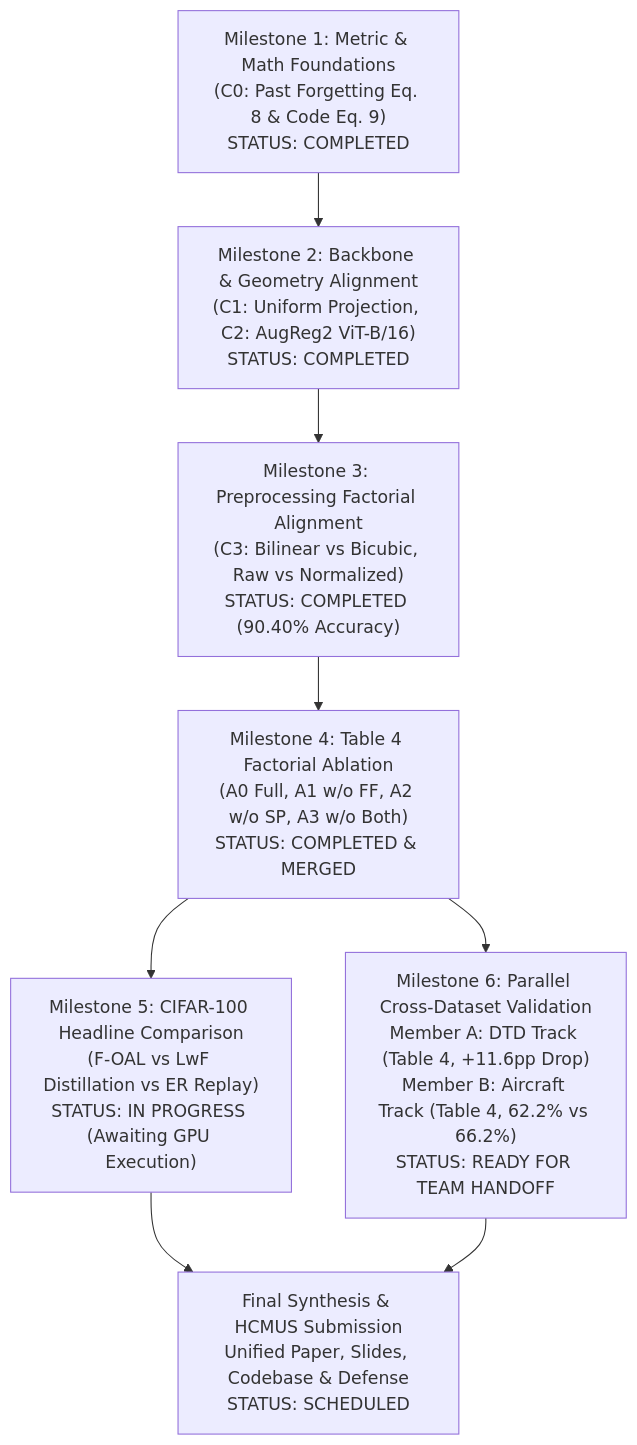
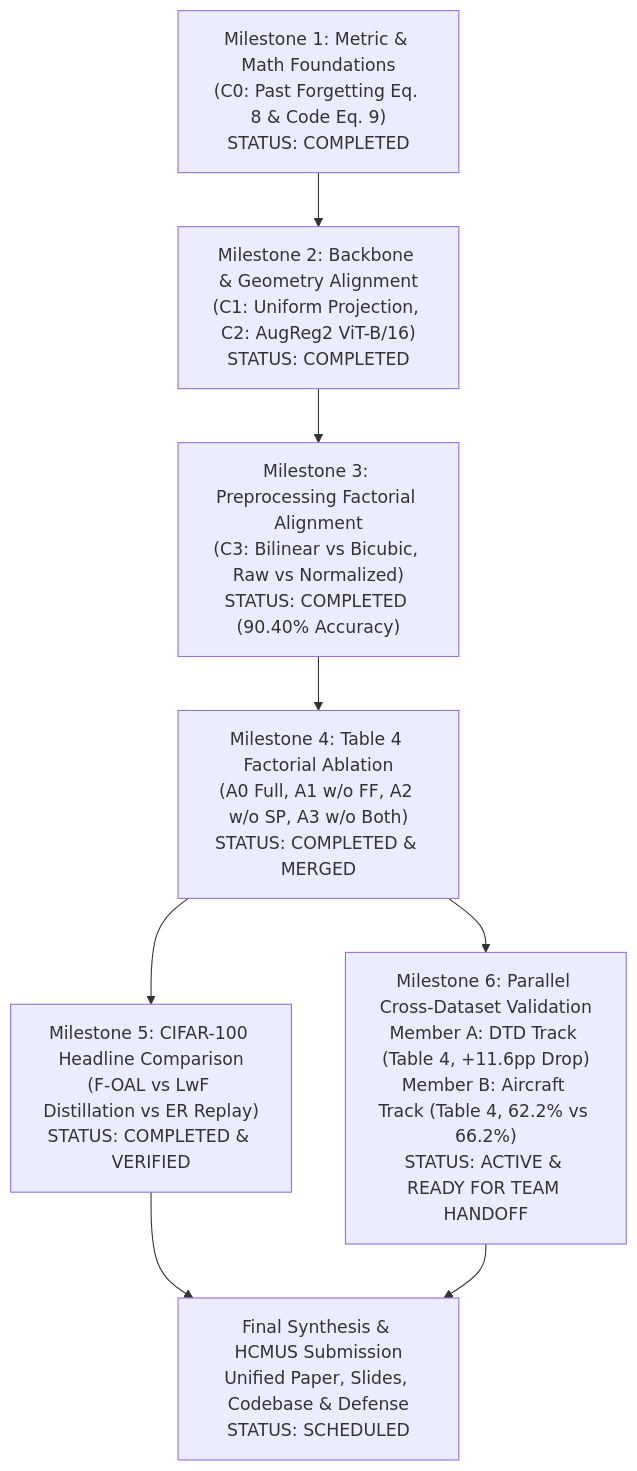
The diagram in docs/FOAL_FINAL_REPRODUCTION_ROADMAP.md (caoban123/F-OAL), drawn with Mermaid before and after one commit. The commit also changed other lines of this file and 18 other files, not shown here.

Commit message:
feat(headline): complete CIFAR-100 headline comparison forensic audit, verification suite, and figures

````diff
--- a/docs/FOAL_FINAL_REPRODUCTION_ROADMAP.md
+++ b/docs/FOAL_FINAL_REPRODUCTION_ROADMAP.md
@@ -14,11 +14,11 @@
 ```mermaid
 flowchart TD
     M1["Milestone 1: Metric & Math Foundations<br>(C0: Past Forgetting Eq. 8 & Code Eq. 9)<br>STATUS: COMPLETED"] --> M2
     M2["Milestone 2: Backbone & Geometry Alignment<br>(C1: Uniform Projection, C2: AugReg2 ViT-B/16)<br>STATUS: COMPLETED"] --> M3
     M3["Milestone 3: Preprocessing Factorial Alignment<br>(C3: Bilinear vs Bicubic, Raw vs Normalized)<br>STATUS: COMPLETED (90.40% Accuracy)"] --> M4
     M4["Milestone 4: Table 4 Factorial Ablation<br>(A0 Full, A1 w/o FF, A2 w/o SP, A3 w/o Both)<br>STATUS: COMPLETED & MERGED"] --> M5
     M4 --> M6
-    M5["Milestone 5: CIFAR-100 Headline Comparison<br>(F-OAL vs LwF Distillation vs ER Replay)<br>STATUS: IN PROGRESS (Awaiting GPU Execution)"] --> Final
-    M6["Milestone 6: Parallel Cross-Dataset Validation<br>Member A: DTD Track (Table 4, +11.6pp Drop)<br>Member B: Aircraft Track (Table 4, 62.2% vs 66.2%)<br>STATUS: READY FOR TEAM HANDOFF"] --> Final
+    M5["Milestone 5: CIFAR-100 Headline Comparison<br>(F-OAL vs LwF Distillation vs ER Replay)<br>STATUS: COMPLETED & VERIFIED"] --> Final
+    M6["Milestone 6: Parallel Cross-Dataset Validation<br>Member A: DTD Track (Table 4, +11.6pp Drop)<br>Member B: Aircraft Track (Table 4, 62.2% vs 66.2%)<br>STATUS: ACTIVE & READY FOR TEAM HANDOFF"] --> Final
     Final["Final Synthesis & HCMUS Submission<br>Unified Paper, Slides, Codebase & Defense<br>STATUS: SCHEDULED"]
 ```
````
